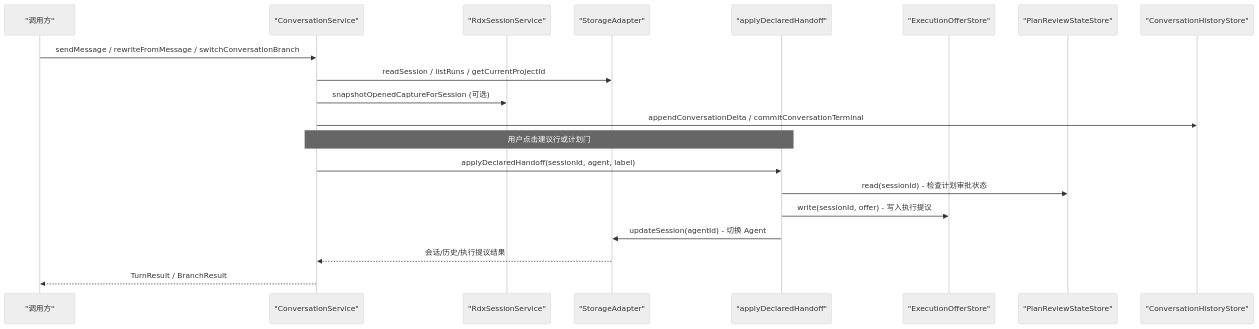
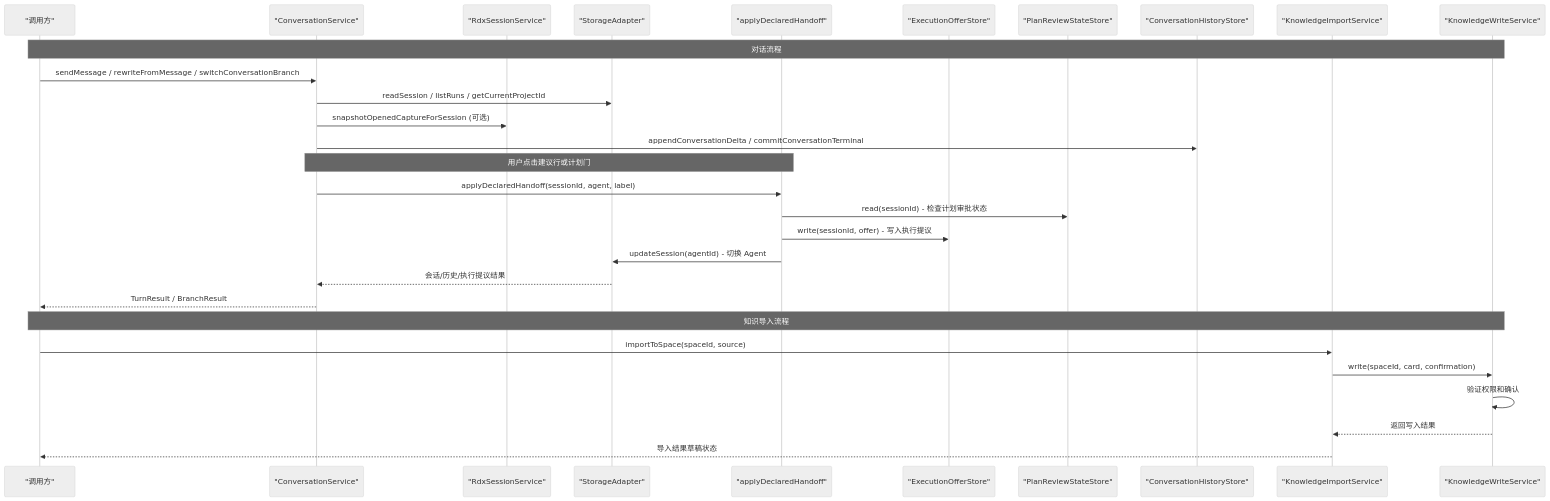
One commit to haolange/RDC-Agent changed the second of 9 diagrams in .qoder/repowiki/zh/content/核心模块/会话管理系统/会话管理系统.md. Above: the diagram before and after it, drawn with Mermaid (neutral theme). The commit also changed other lines of this file and 6 other files, not shown here.

````diff
--- a/.qoder/repowiki/zh/content/核心模块/会话管理系统/会话管理系统.md
+++ b/.qoder/repowiki/zh/content/核心模块/会话管理系统/会话管理系统.md
@@ -127,22 +148,31 @@
 ```mermaid
 sequenceDiagram
 participant UI as "调用方"
 participant CS as "ConversationService"
 participant RS as "RdxSessionService"
 participant SA as "StorageAdapter"
 participant ADH as "applyDeclaredHandoff"
 participant EOS as "ExecutionOfferStore"
 participant PRS as "PlanReviewStateStore"
 participant CHS as "ConversationHistoryStore"
+participant KIS as "KnowledgeImportService"
+participant KWS as "KnowledgeWriteService"
+Note over UI,KWS : 对话流程
 UI->>CS : sendMessage / rewriteFromMessage / switchConversationBranch
 CS->>SA : readSession / listRuns / getCurrentProjectId
 CS->>RS : snapshotOpenedCaptureForSession (可选)
 CS->>CHS : appendConversationDelta / commitConversationTerminal
 Note over CS,ADH : 用户点击建议行或计划门
 CS->>ADH : applyDeclaredHandoff(sessionId, agent, label)
 ADH->>PRS : read(sessionId) - 检查计划审批状态
 ADH->>EOS : write(sessionId, offer) - 写入执行提议
 ADH->>SA : updateSession(agentId) - 切换 Agent
 SA-->>CS : 会话/历史/执行提议结果
 CS-->>UI : TurnResult / BranchResult
+Note over UI,KWS : 知识导入流程
+UI->>KIS : importToSpace(spaceId, source)
+KIS->>KWS : write(spaceId, card, confirmation)
+KWS->>KWS : 验证权限和确认
+KWS-->>KIS : 返回写入结果
+KIS-->>UI : 导入结果草稿状态
 ```
````
